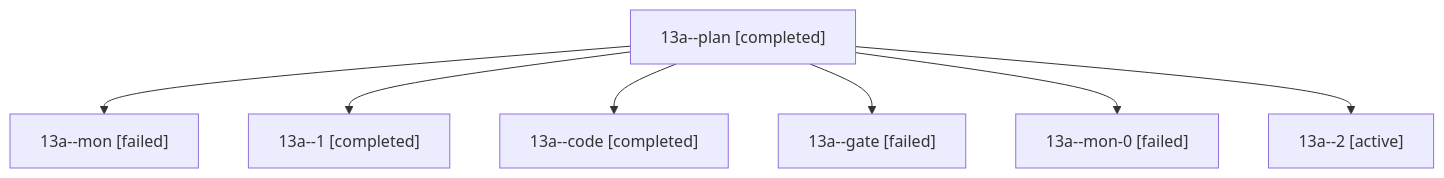
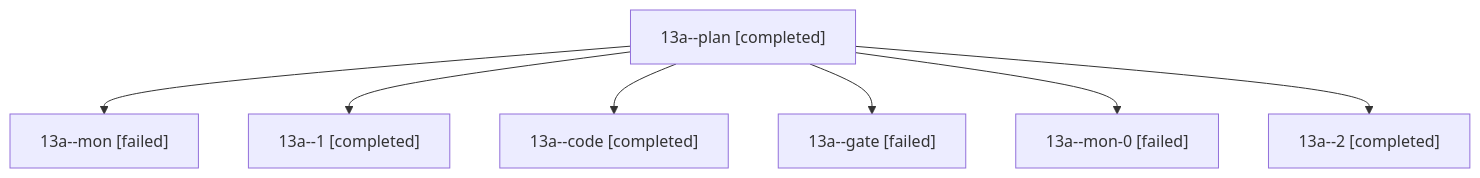
The diagram in sessions/bbugyi200.athena.13a.md (bobs-org/bob-cli--agents), drawn with Mermaid before and after one commit. The commit also changed other lines of this file and 6 other files, not shown here.

````diff
--- a/sessions/bbugyi200.athena.13a.md
+++ b/sessions/bbugyi200.athena.13a.md
@@ -9,16 +9,16 @@
 ```mermaid
 flowchart TD
   n0["13a--plan [completed]"]
   n1["13a--mon [failed]"]
   n0 --> n1
   n2["13a--1 [completed]"]
   n0 --> n2
   n3["13a--code [completed]"]
   n0 --> n3
   n4["13a--gate [failed]"]
   n0 --> n4
   n5["13a--mon-0 [failed]"]
   n0 --> n5
-  n6["13a--2 [active]"]
+  n6["13a--2 [completed]"]
   n0 --> n6
 ```
````
